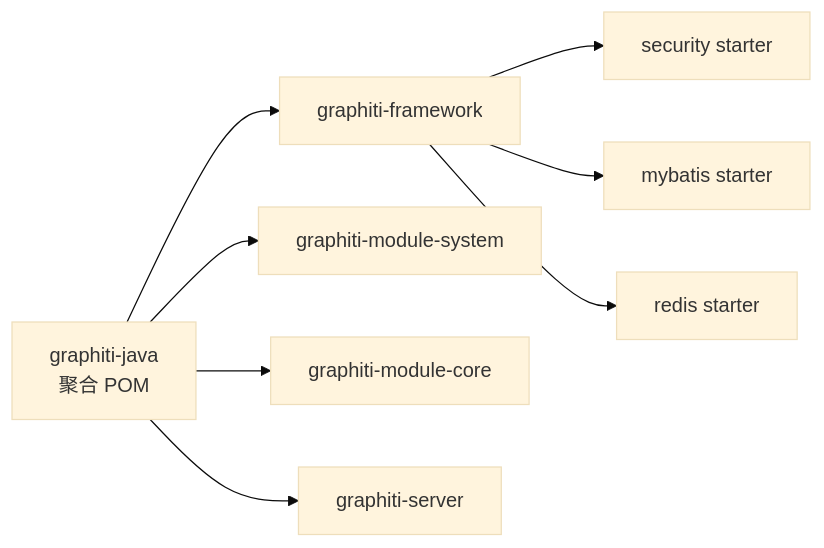
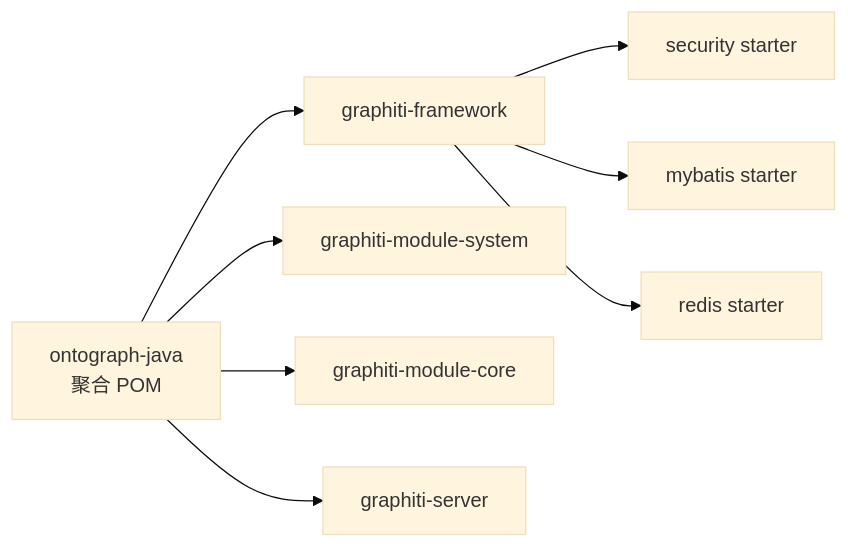
One commit to joezxh/graphiti-java changed the eighth of 8 diagrams in docs/manual/项目概述/项目概述.md. Above: the diagram before and after it, drawn with Mermaid (base theme). The commit also changed other lines of this file and 504 other files, not shown here.

Commit message:
refactor: rename Maven modules from graphiti-* to ontograph-* and update all docs

````diff
--- a/docs/manual/项目概述/项目概述.md
+++ b/docs/manual/项目概述/项目概述.md
@@ -317,10 +317,10 @@
 ```mermaid
 graph LR
-ROOT["graphiti-java<br/>聚合 POM"] --> FW["graphiti-framework"]
+ROOT["ontograph-java<br/>聚合 POM"] --> FW["graphiti-framework"]
 ROOT --> SYS["graphiti-module-system"]
 ROOT --> CORE["graphiti-module-core"]
 ROOT --> SRV["graphiti-server"]
 FW --> SEC["security starter"]
 FW --> MB["mybatis starter"]
 FW --> RDS["redis starter"]
 ```
````
